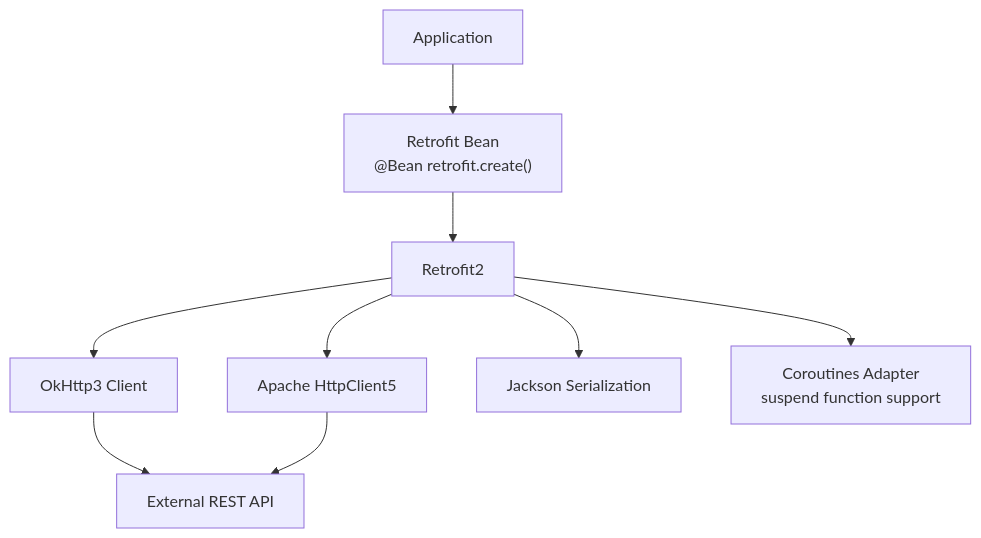
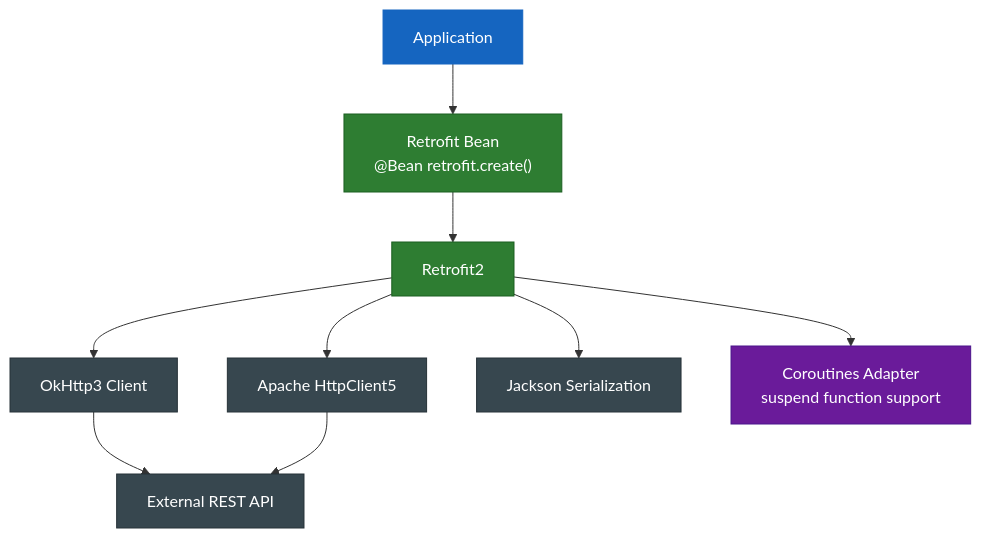
One commit to bluetape4k/bluetape4k-projects changed the third of 4 diagrams in spring-boot3/core/README.md. Above: the diagram before and after it, drawn with Mermaid. The commit also changed other lines of this file and 221 other files, not shown here.

First line of the commit message:
docs: 전체 모듈 README UML 다이어그램 보강 및 색상 업그레이드

````diff
--- a/spring-boot3/core/README.md
+++ b/spring-boot3/core/README.md
@@ -129,11 +149,25 @@
 ```mermaid
 flowchart TD
     App["Application"] --> RetrofitBean["Retrofit Bean<br/>@Bean retrofit.create<T>()"]
     RetrofitBean --> Retrofit2["Retrofit2"]
     Retrofit2 --> OkHttp["OkHttp3 Client"]
     Retrofit2 --> HttpClient5["Apache HttpClient5"]
     Retrofit2 --> Jackson["Jackson Serialization"]
     Retrofit2 --> CoroutinesAdapter["Coroutines Adapter<br/>suspend function support"]
     OkHttp --> ExternalAPI["External REST API"]
     HttpClient5 --> ExternalAPI
+
+    classDef serviceStyle fill:#1565C0,stroke:#1565C0,color:#FFFFFF
+    classDef springStyle fill:#2E7D32,stroke:#1B5E20,color:#FFFFFF
+    classDef extStyle fill:#37474F,stroke:#263238,color:#FFFFFF
+    classDef asyncStyle fill:#6A1B9A,stroke:#4A148C,color:#FFFFFF
+
+    class App serviceStyle
+    class RetrofitBean springStyle
+    class Retrofit2 springStyle
+    class OkHttp extStyle
+    class HttpClient5 extStyle
+    class Jackson extStyle
+    class CoroutinesAdapter asyncStyle
+    class ExternalAPI extStyle
 ```
````
